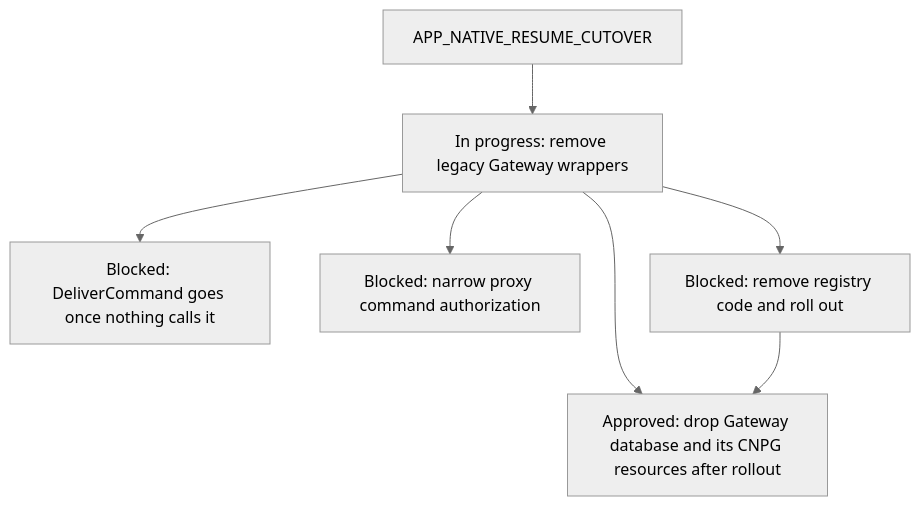
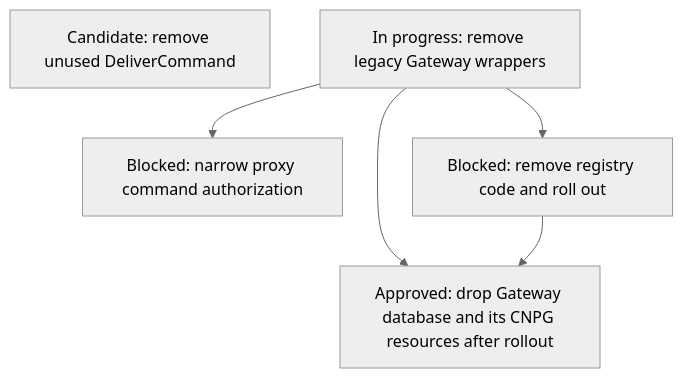
One commit to agentydragon-agent/ducktape changed diagram 15 of 16 in agentplane/plans/task_dag.md. Above: the diagram before and after it, drawn with Mermaid (neutral theme). The commit also changed other lines of this file and 1 other file, not shown here.

````diff
--- a/agentplane/plans/task_dag.md
+++ b/agentplane/plans/task_dag.md
@@ -1298,14 +1285,12 @@
 ```mermaid
 flowchart TD
-    RUNNER_COMMAND_RPCS[Blocked: DeliverCommand goes once nothing calls it]
-    GATEWAY_WRAPPER_RETIRE --> RUNNER_COMMAND_RPCS
+    RUNNER_COMMAND_RPCS[Candidate: remove unused DeliverCommand]
     GATEWAY_WRAPPER_RETIRE[In progress: remove legacy Gateway wrappers]
-    APP_NATIVE_RESUME_CUTOVER --> GATEWAY_WRAPPER_RETIRE
     GATEWAY_DATABASE_DROP[Approved: drop Gateway database and its CNPG resources after rollout]
     PROXY_START_METHODS_DISPATCHER_ONLY[Blocked: narrow proxy command authorization]
     GATEWAY_WRAPPER_RETIRE --> PROXY_START_METHODS_DISPATCHER_ONLY
     GATEWAY_WRAPPER_RETIRE --> GATEWAY_DATABASE_DROP
     GATEWAY_SESSION_REGISTRY_RETIRE[Blocked: remove registry code and roll out]
     GATEWAY_WRAPPER_RETIRE --> GATEWAY_SESSION_REGISTRY_RETIRE
     GATEWAY_SESSION_REGISTRY_RETIRE --> GATEWAY_DATABASE_DROP
 ```
````
